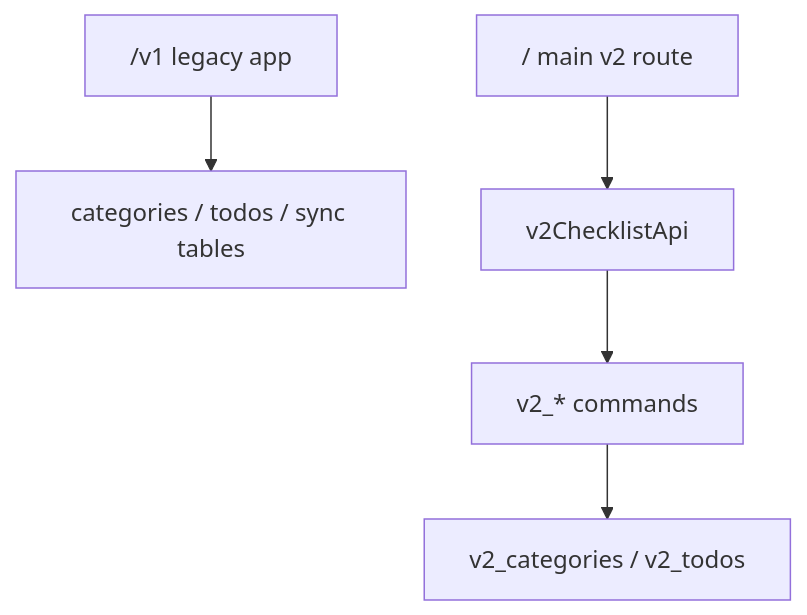
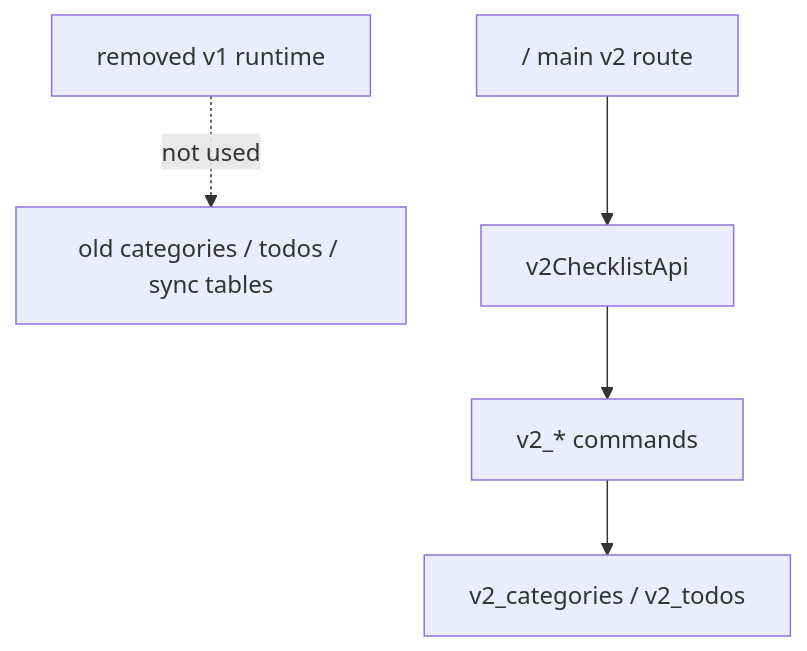
Before and after one commit to U-Keun/Tickly: the second of 3 diagrams in docs/v2-notes/001-local-checklist-boundary.md, drawn with Mermaid. The commit also changed other lines of this file and 166 other files, not shown here.

Commit message:
chore: remove legacy v1 runtime

````diff
--- a/docs/v2-notes/001-local-checklist-boundary.md
+++ b/docs/v2-notes/001-local-checklist-boundary.md
@@ -23,7 +23,7 @@
 ```mermaid
 flowchart TB
-  V1["/v1 legacy app"] --> V1Tables["categories / todos / sync tables"]
+  V1["removed v1 runtime"] -. "not used" .-> V1Tables["old categories / todos / sync tables"]
   V2["/ main v2 route"] --> V2Api["v2ChecklistApi"]
   V2Api --> V2Commands["v2_* commands"]
   V2Commands --> V2Tables["v2_categories / v2_todos"]
 ```
````
